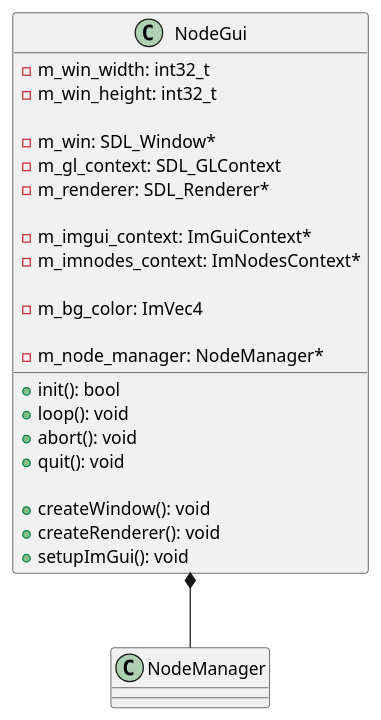
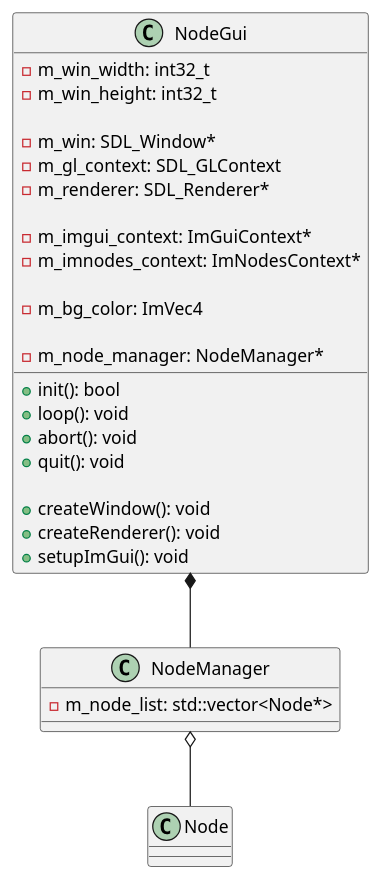
The diagram in uml/uml.pu (nkue-yst/NodeProcessV2), drawn with PlantUML before and after one commit. The commit also changed 7 other files, not shown here.

```diff
--- a/uml/uml.pu
+++ b/uml/uml.pu
@@ -1,34 +1,39 @@
 @startuml NodeProcessing
 
 class NodeGui {
     +init(): bool
     +loop(): void
     +abort(): void
     +quit(): void
 
     +createWindow(): void
     +createRenderer(): void
     +setupImGui(): void
 
     -m_win_width: int32_t
     -m_win_height: int32_t
 
     -m_win: SDL_Window*
     -m_gl_context: SDL_GLContext
     -m_renderer: SDL_Renderer*
 
     -m_imgui_context: ImGuiContext*
     -m_imnodes_context: ImNodesContext*
 
     -m_bg_color: ImVec4
 
     -m_node_manager: NodeManager*
 }
 
 class NodeManager {
+    -m_node_list: std::vector<Node*>
+}
 
+class Node {
+    
 }
 
 NodeGui *-- NodeManager
+NodeManager o-- Node
 
 @enduml
```
